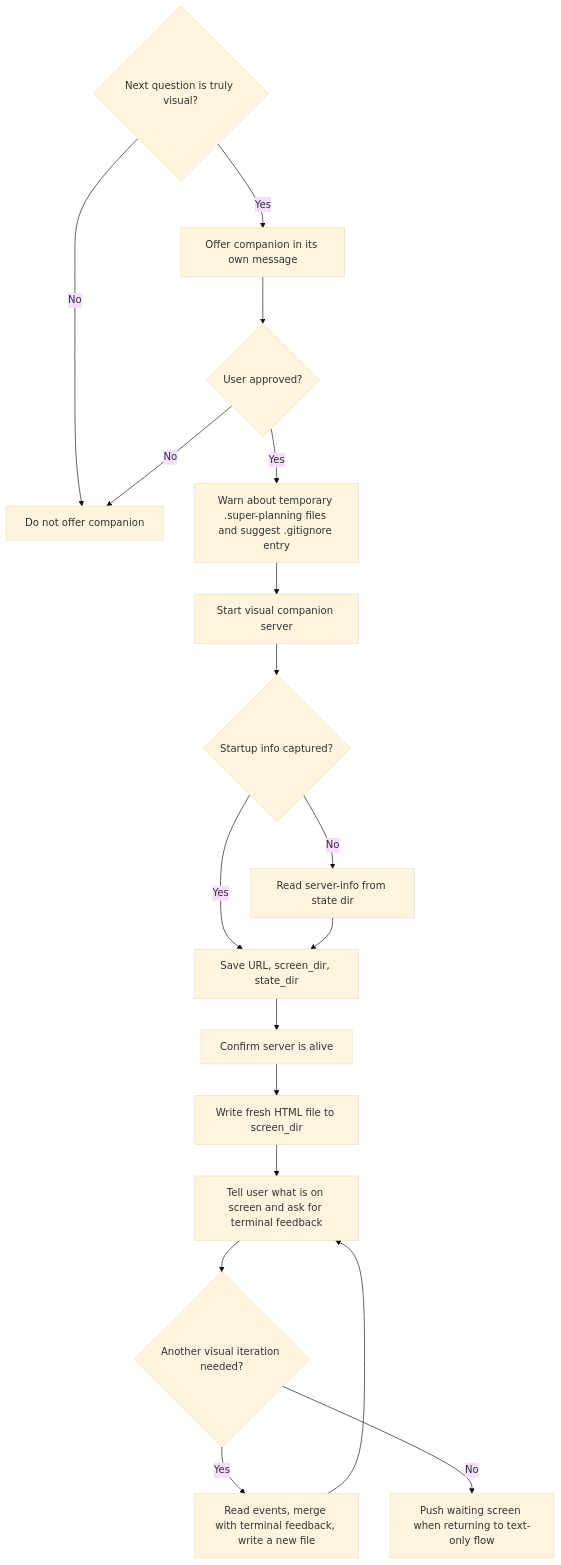
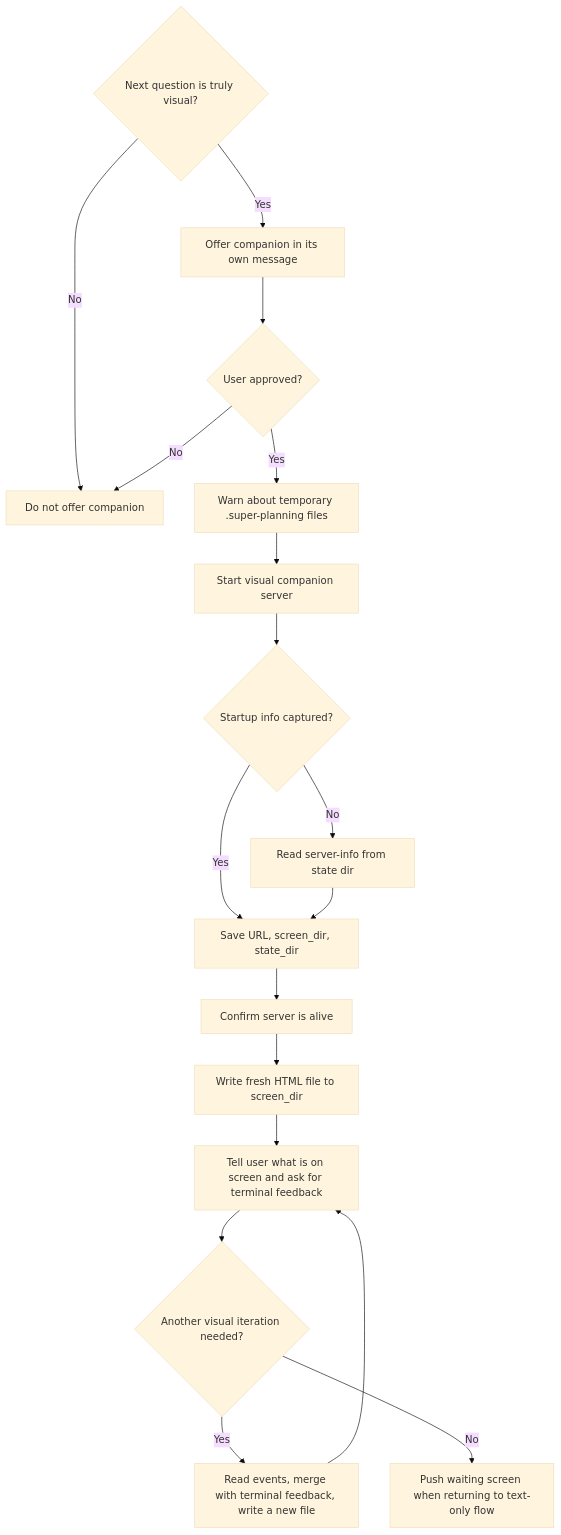
The third of 11 diagrams in super-planning/docs/AGENT-DECISION-FLOW.md (gugacarbo/agents-skills), drawn with Mermaid (base theme) before and after one commit. The commit also changed other lines of this file and 17 other files, not shown here.

Commit message:
feat(super-planning): add documentation verification and helper reference

````diff
--- a/super-planning/docs/AGENT-DECISION-FLOW.md
+++ b/super-planning/docs/AGENT-DECISION-FLOW.md
@@ -56,21 +56,21 @@
 ```mermaid
 flowchart TD
     A{"Next question is truly visual?"}
     A -->|No| B["Do not offer companion"]
     A -->|Yes| C["Offer companion in its own message"]
     C --> D{"User approved?"}
     D -->|No| B
-    D -->|Yes| E["Warn about temporary .super-planning files and suggest .gitignore entry"]
+    D -->|Yes| E["Warn about temporary .super-planning files"]
     E --> F["Start visual companion server"]
     F --> G{"Startup info captured?"}
     G -->|Yes| H["Save URL, screen_dir, state_dir"]
     G -->|No| I["Read server-info from state dir"]
     I --> H
     H --> J["Confirm server is alive"]
     J --> K["Write fresh HTML file to screen_dir"]
     K --> L["Tell user what is on screen and ask for terminal feedback"]
     L --> M{"Another visual iteration needed?"}
     M -->|Yes| N["Read events, merge with terminal feedback, write a new file"]
     N --> L
     M -->|No| O["Push waiting screen when returning to text-only flow"]
 ```
````
